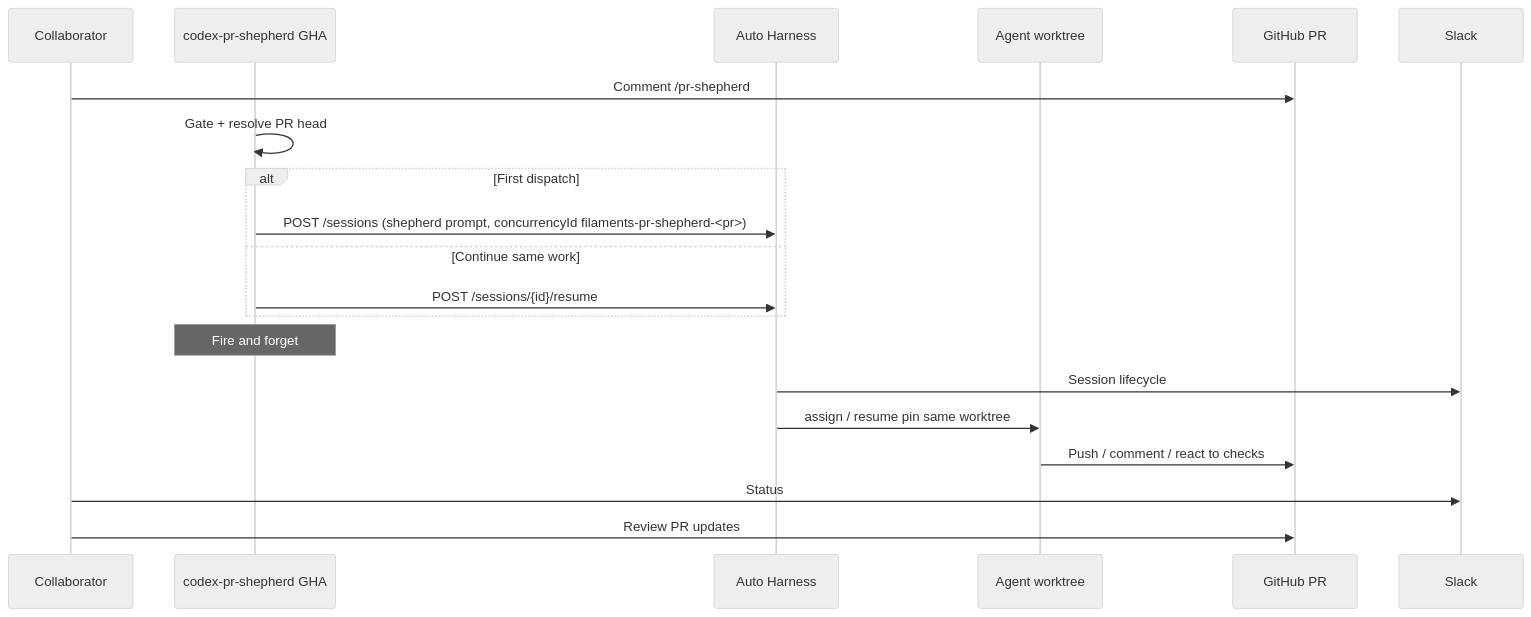
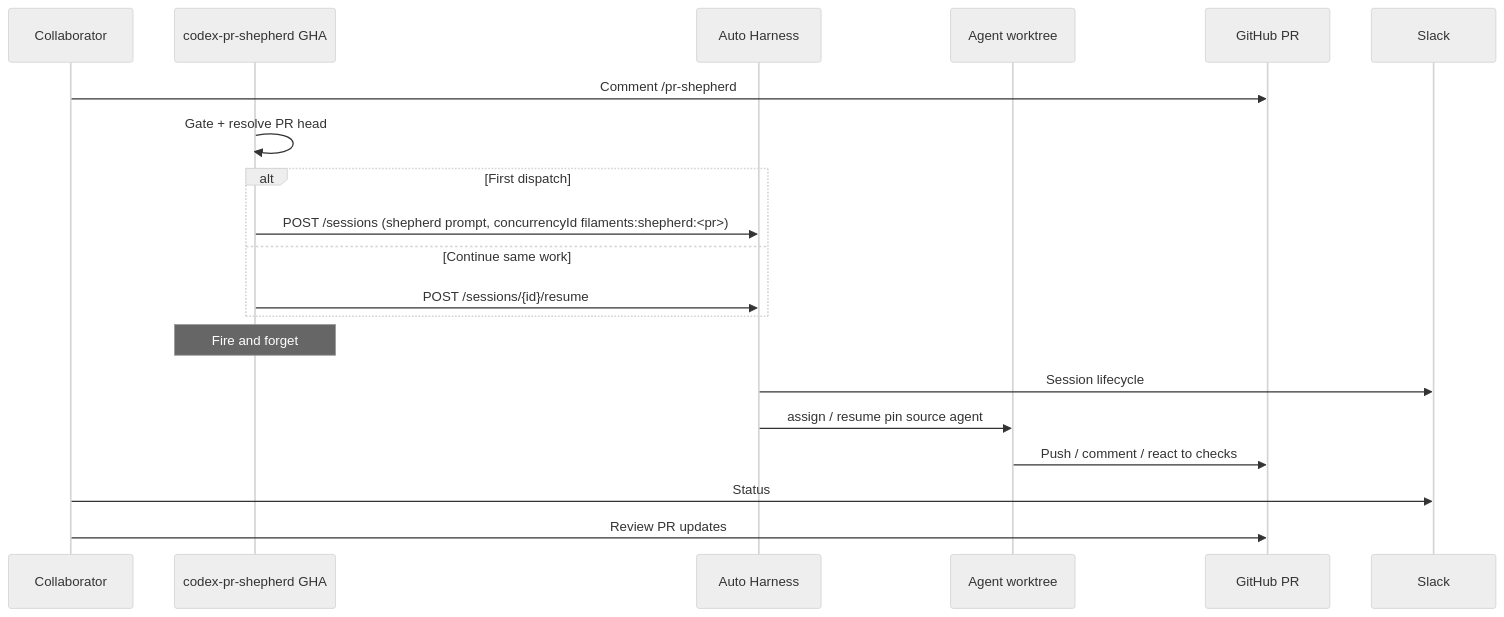
The fifth of 9 diagrams in docs/harness.md (jonathanong/auto-harness), drawn with Mermaid (neutral theme) before and after one commit. The commit also changed other lines of this file and 6 other files, not shown here.

Commit message:
docs(resume): align agent-only placement

````diff
--- a/docs/harness.md
+++ b/docs/harness.md
@@ -215,23 +215,23 @@
 ```mermaid
 sequenceDiagram
   participant Dev as Collaborator
   participant GHA as codex-pr-shepherd GHA
   participant AH as Auto Harness
   participant Agent as Agent worktree
   participant PR as GitHub PR
   participant Slack as Slack
 
   Dev->>PR: Comment /pr-shepherd
   GHA->>GHA: Gate + resolve PR head
   alt First dispatch
-    GHA->>AH: POST /sessions (shepherd prompt, concurrencyId filaments-pr-shepherd-<pr>)
+    GHA->>AH: POST /sessions (shepherd prompt, concurrencyId filaments:shepherd:<pr>)
   else Continue same work
     GHA->>AH: POST /sessions/{id}/resume
   end
   Note over GHA: Fire and forget
   AH->>Slack: Session lifecycle
-  AH->>Agent: assign / resume pin same worktree
+  AH->>Agent: assign / resume pin source agent
   Agent->>PR: Push / comment / react to checks
   Dev->>Slack: Status
   Dev->>PR: Review PR updates
 ```
````
